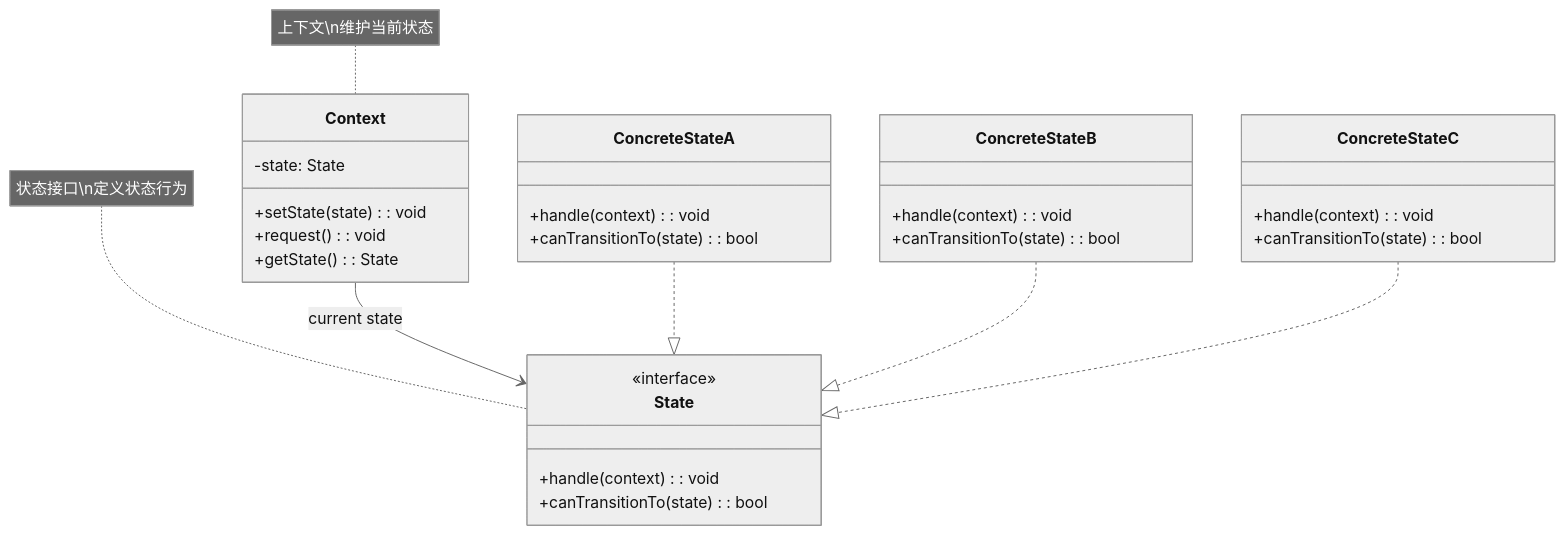
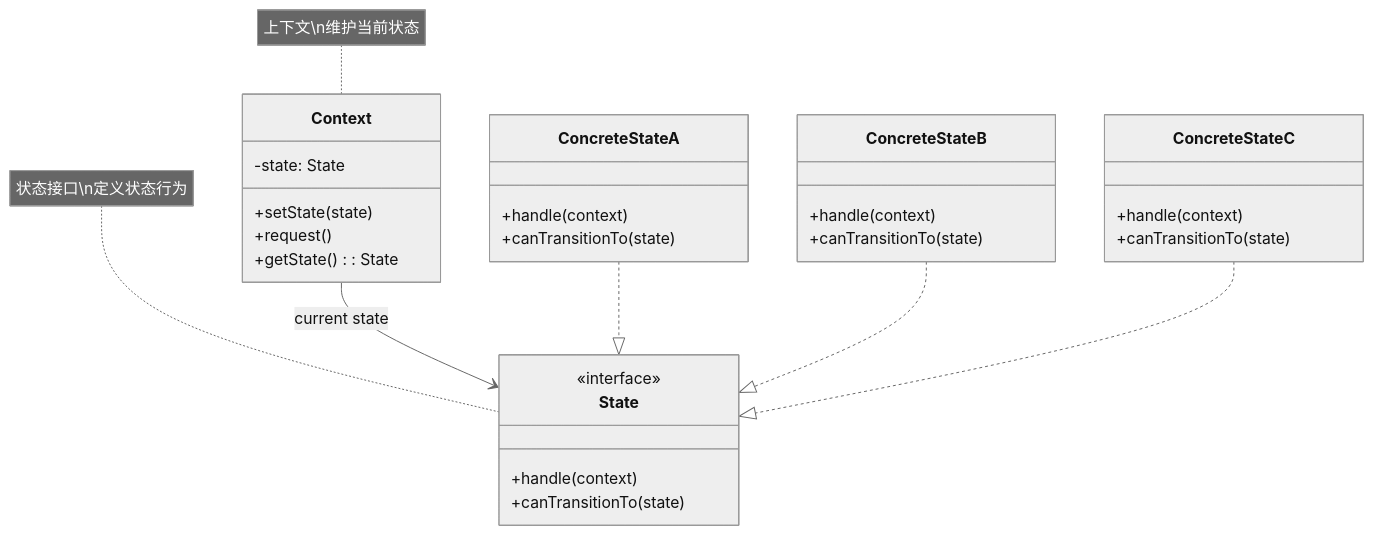
The first of 5 diagrams in resources/design-patterns/laravel/behavioral/state_zh.md (fanly/DesignPattern), drawn with Mermaid (neutral theme) before and after one commit. The commit also changed other lines of this file and 103 other files, not shown here.

````diff
--- a/resources/design-patterns/laravel/behavioral/state_zh.md
+++ b/resources/design-patterns/laravel/behavioral/state_zh.md
@@ -10,38 +10,38 @@
 ```mermaid
 classDiagram
     class Context {
         -state: State
-        +setState(state): void
-        +request(): void
+        +setState(state)
+        +request()
         +getState(): State
     }
     
     class State {
         <<interface>>
-        +handle(context): void
-        +canTransitionTo(state): bool
+        +handle(context)
+        +canTransitionTo(state)
     }
     
     class ConcreteStateA {
-        +handle(context): void
-        +canTransitionTo(state): bool
+        +handle(context)
+        +canTransitionTo(state)
     }
     
     class ConcreteStateB {
-        +handle(context): void
-        +canTransitionTo(state): bool
+        +handle(context)
+        +canTransitionTo(state)
     }
     
     class ConcreteStateC {
-        +handle(context): void
-        +canTransitionTo(state): bool
+        +handle(context)
+        +canTransitionTo(state)
     }
     
     Context --> State : current state
     ConcreteStateA ..|> State
     ConcreteStateB ..|> State
     ConcreteStateC ..|> State
     
     note for Context "上下文\n维护当前状态"
     note for State "状态接口\n定义状态行为"
 ```
````
